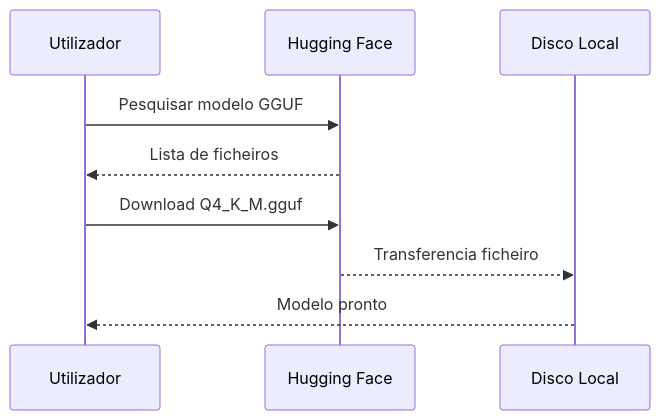
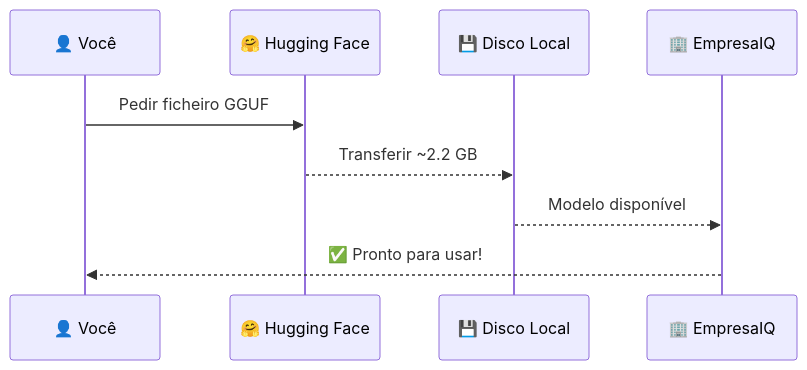
Before and after one commit to icpmtech/empresaiq-ebook: the diagram in docs/09-download-modelo.md, drawn with Mermaid. The commit also changed other lines of this file and 24 other files, not shown here.

````diff
--- a/docs/09-download-modelo.md
+++ b/docs/09-download-modelo.md
@@ -9,11 +24,11 @@
 ```mermaid
 sequenceDiagram
-    participant U as Utilizador
-    participant H as Hugging Face
-    participant D as Disco Local
-    U->>H: Pesquisar modelo GGUF
-    H-->>U: Lista de ficheiros
-    U->>H: Download Q4_K_M.gguf
-    H-->>D: Transferencia ficheiro
-    D-->>U: Modelo pronto
+    participant V as 👤 Você
+    participant HF as 🤗 Hugging Face
+    participant D as 💾 Disco Local
+    participant E as 🏢 EmpresaIQ
+    V->>HF: Pedir ficheiro GGUF
+    HF-->>D: Transferir ~2.2 GB
+    D-->>E: Modelo disponível
+    E-->>V: ✅ Pronto para usar!
 ```
````
